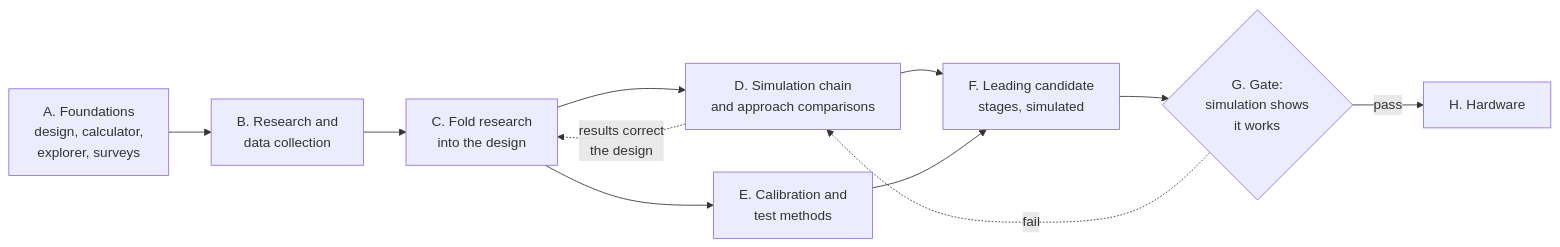
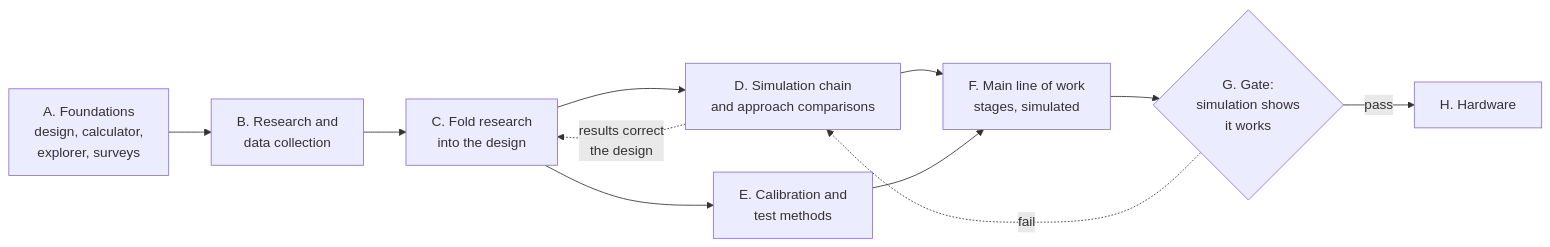
The diagram in docs/plan.md (mithro/ccd-superres), drawn with Mermaid before and after one commit. The commit also changed other lines of this file and 20 other files, not shown here.

````diff
--- a/docs/plan.md
+++ b/docs/plan.md
@@ -44,16 +45,16 @@
 ```mermaid
 flowchart LR
     A["A. Foundations<br/>design, calculator,<br/>explorer, surveys"]
     B["B. Research and<br/>data collection"]
     C["C. Fold research<br/>into the design"]
     D["D. Simulation chain<br/>and approach comparisons"]
     E["E. Calibration and<br/>test methods"]
-    F["F. Leading candidate<br/>stages, simulated"]
+    F["F. Main line of work<br/>stages, simulated"]
     G{"G. Gate:<br/>simulation shows<br/>it works"}
     H["H. Hardware"]
     A --> B --> C --> D --> F --> G
     C --> E --> F
     D -.->|"results correct<br/>the design"| C
     G -->|"pass"| H
     G -.->|"fail"| D
 ```
````
